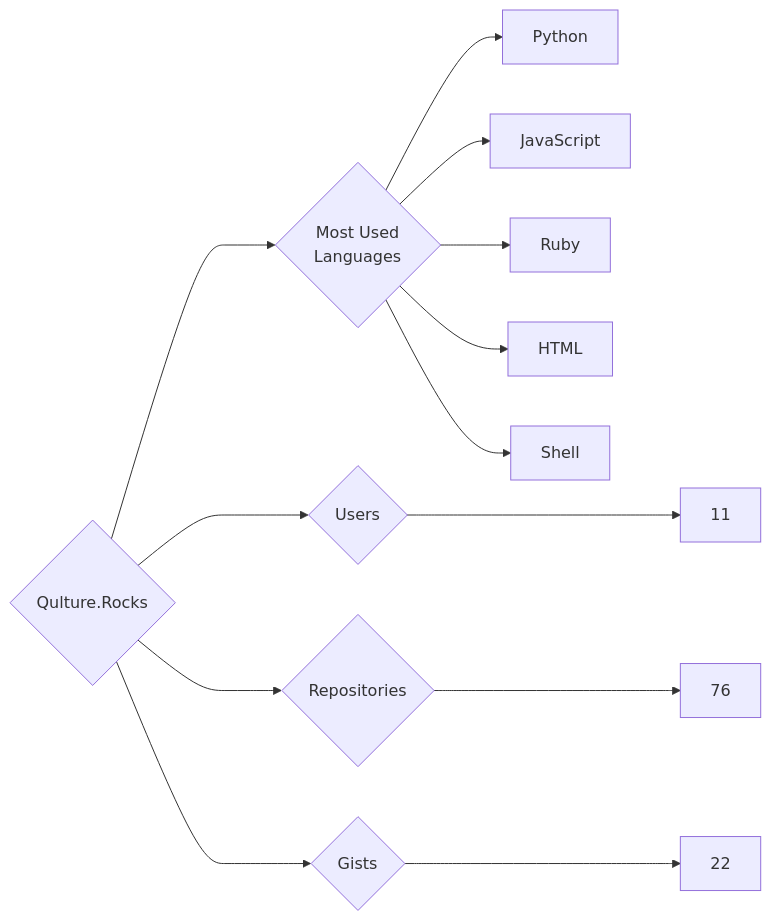
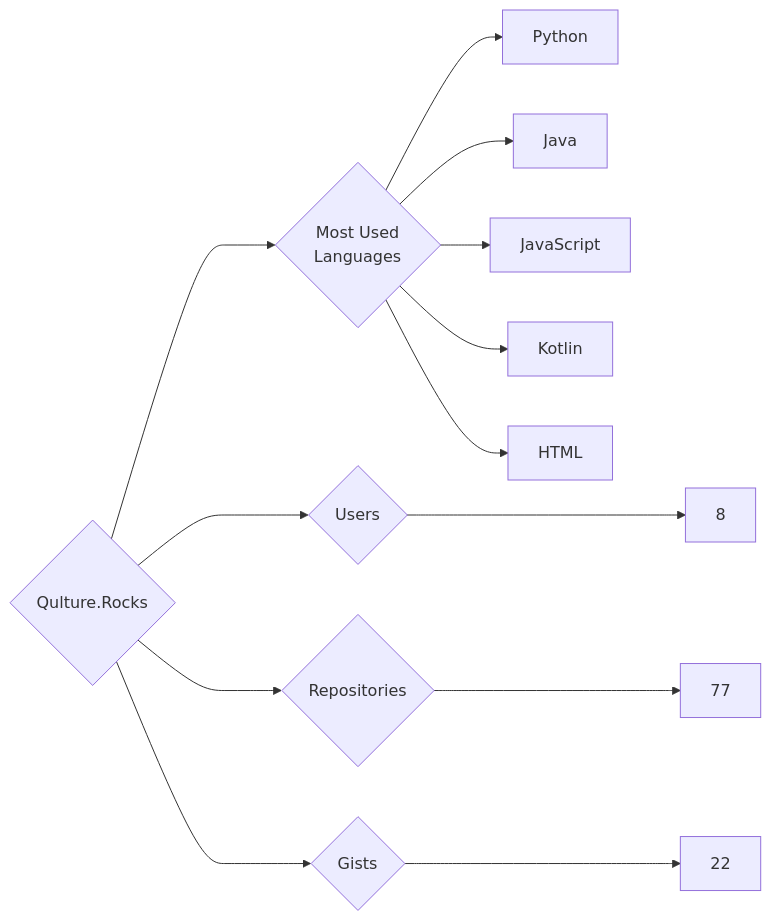
One commit to trickest/insiders changed the diagram in targets/Qulture.Rocks/README.md. Above: the diagram before and after it, drawn with Mermaid. The commit also changed 823 other files, not shown here.

````diff
--- a/targets/Qulture.Rocks/README.md
+++ b/targets/Qulture.Rocks/README.md
@@ -3,13 +3,13 @@
 ```mermaid
 graph LR
 COMPANY_NAME{Qulture.Rocks}
-COMPANY_NAME ---> U{Users} ---> UN[11]
-COMPANY_NAME ---> R{Repositories} ---> RN[76]
+COMPANY_NAME ---> U{Users} ---> UN[8]
+COMPANY_NAME ---> R{Repositories} ---> RN[77]
 COMPANY_NAME ---> G{Gists} ---> GN[22]
 COMPANY_NAME ---> ML{Most Used<br>Languages}
 ML --> Python[Python]
+ML --> Java[Java]
 ML --> JavaScript[JavaScript]
-ML --> Ruby[Ruby]
+ML --> Kotlin[Kotlin]
 ML --> HTML[HTML]
-ML --> Shell[Shell]
 ```
````
